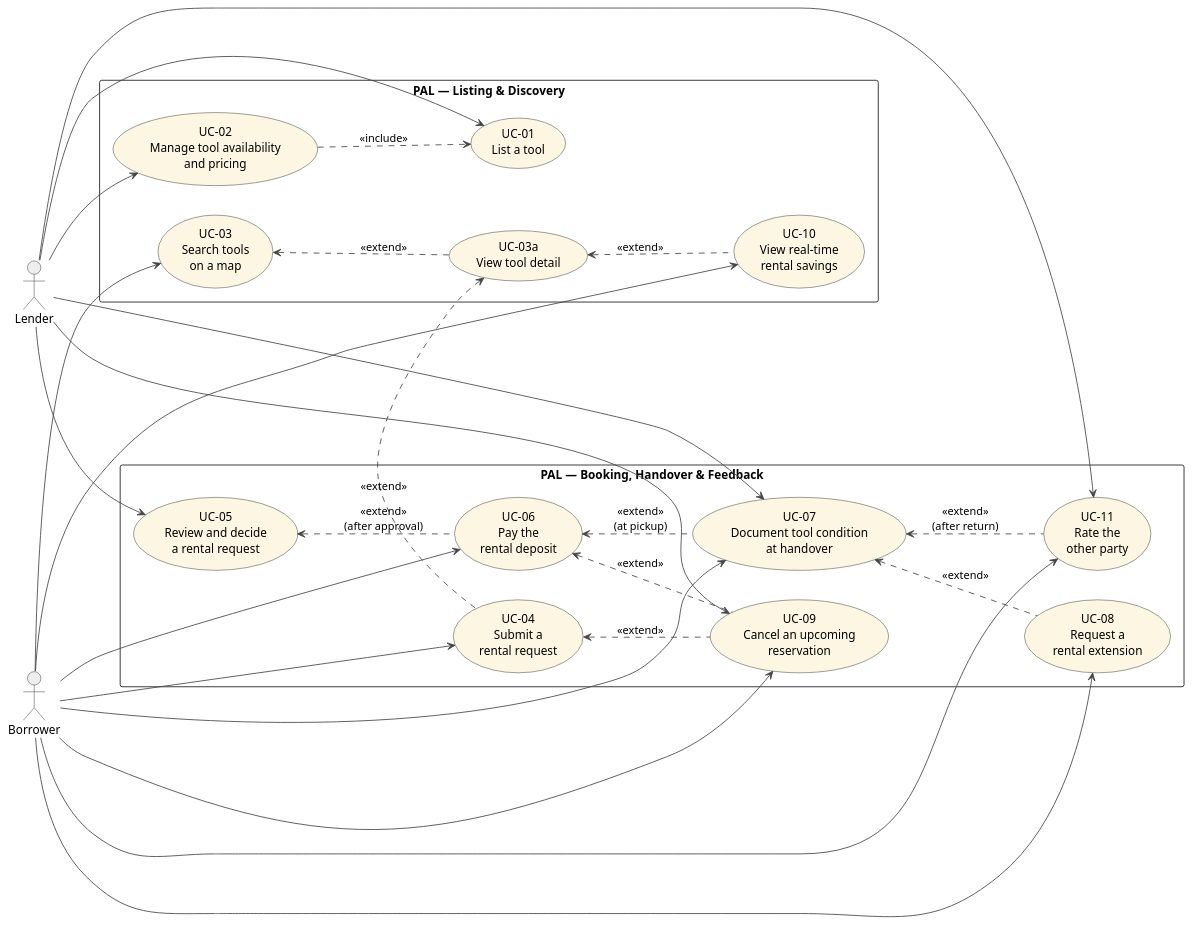
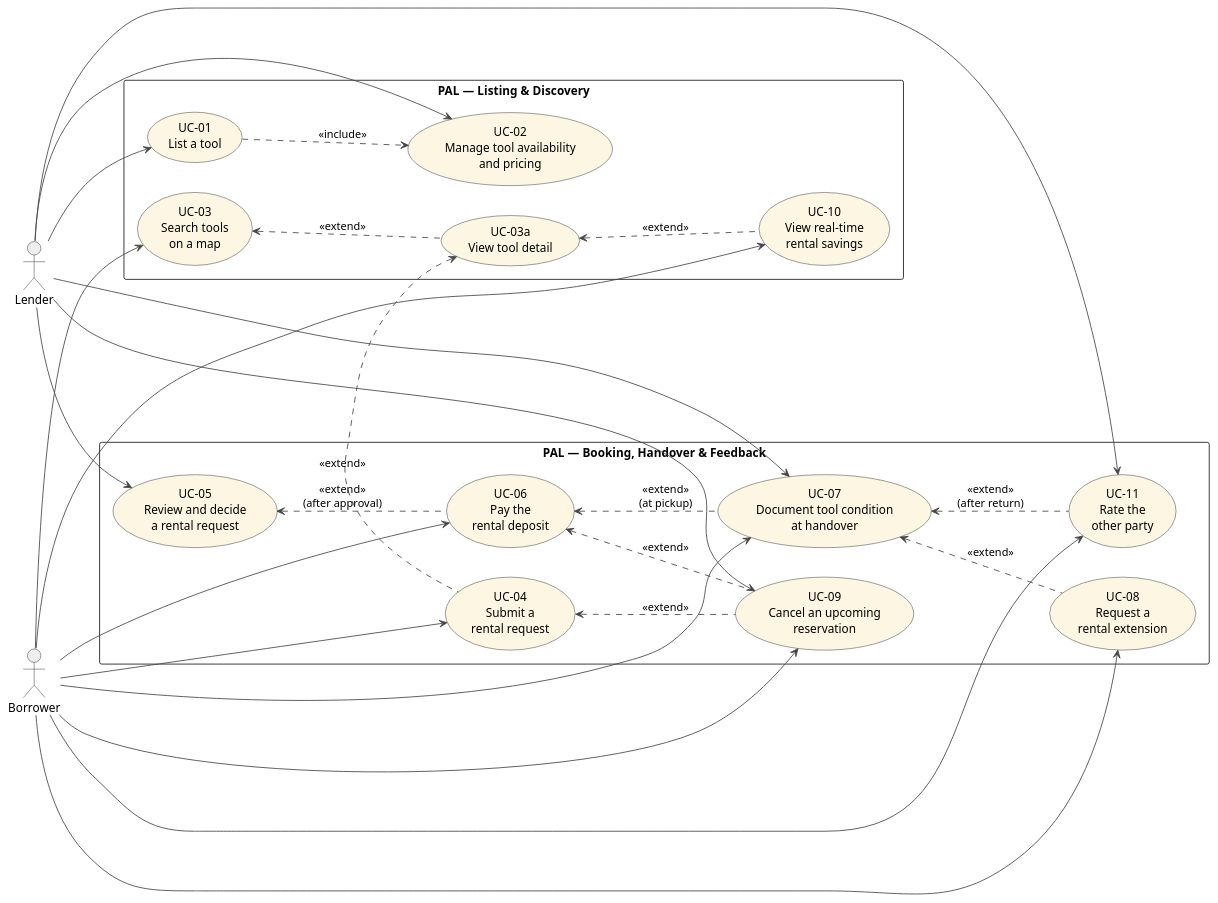
Before and after one commit to CaptainSp33dy7/PAL: the diagram in use_case_diagram.puml, drawn with PlantUML. The commit also changed 1 other file, not shown here.

Commit message:
Fix include direction in use case diagram

```diff
--- a/use_case_diagram.puml
+++ b/use_case_diagram.puml
@@ -1,85 +1,85 @@
 @startuml PAL_UseCaseDiagram
 ' PAL - Peer Asset Lending - Use Case Diagram
 ' Two subjects to keep the diagram readable, following the lecture's
 ' "more subjects" approach (slide 59 of NSWI041-04).
 
 left to right direction
 skinparam packageStyle rectangle
 skinparam shadowing false
 skinparam ArrowColor #444
 skinparam UsecaseBackgroundColor #FDF6E3
 skinparam ActorBackgroundColor #EEE
 
 actor "Lender"   as AC_L
 actor "Borrower" as AC_B
 
 rectangle "PAL — Listing & Discovery" {
     usecase "UC-01\nList a tool"                                  as UC01
     usecase "UC-02\nManage tool availability\nand pricing"        as UC02
     usecase "UC-03\nSearch tools\non a map"                       as UC03
     usecase "UC-03a\nView tool detail"                            as UC03a
     usecase "UC-10\nView real-time\nrental savings"               as UC10
 }
 
 rectangle "PAL — Booking, Handover & Feedback" {
     usecase "UC-04\nSubmit a\nrental request"                     as UC04
     usecase "UC-05\nReview and decide\na rental request"          as UC05
     usecase "UC-06\nPay the\nrental deposit"                      as UC06
     usecase "UC-07\nDocument tool condition\nat handover"         as UC07
     usecase "UC-08\nRequest a\nrental extension"                  as UC08
     usecase "UC-09\nCancel an upcoming\nreservation"              as UC09
     usecase "UC-11\nRate the\nother party"                        as UC11
 }
 
 ' --- Actor associations ---
 AC_L --> UC01
 AC_L --> UC02
 AC_L --> UC05
 AC_L --> UC07
 AC_L --> UC09
 AC_L --> UC11
 
 AC_B --> UC03
 AC_B --> UC04
 AC_B --> UC06
 AC_B --> UC07
 AC_B --> UC08
 AC_B --> UC09
 AC_B --> UC10
 AC_B --> UC11
 
 ' --- Use case relationships ---
 
 ' UC-01 (list a tool) is a precondition for UC-02 (managing its availability).
-UC02 ..> UC01 : <<include>>
+UC01 ..> UC02 : <<include>>
 
 ' Viewing a tool detail extends searching it on the map.
 UC03a .u.> UC03 : <<extend>>
 
 ' The savings tracker is shown inside any tool detail; it extends UC-03a.
 UC10 .u.> UC03a : <<extend>>
 
 ' Submitting a request extends the tool detail (the user is on the detail
 ' page when they decide to "Request rental").
 UC04 .u.> UC03a : <<extend>>
 
 ' Paying the deposit happens after a request is approved by the lender,
 ' so it extends "Review and decide a rental request" at the
 ' extension point "request approved".
 UC06 .u.> UC05 : "<<extend>>\n(after approval)"
 
 ' Both pickup and return go through the same handover documentation flow.
 ' We model that flow once and extend it from UC-06 (pickup time) and from
 ' the implicit return step that's part of UC-08/UC-09's lifecycle.
 UC07 .u.> UC06 : "<<extend>>\n(at pickup)"
 
 ' Cancellation can happen at any point before pickup, so it extends both
 ' the request flow and the booking flow.
 UC09 .u.> UC04 : <<extend>>
 UC09 .u.> UC06 : <<extend>>
 
 ' Extension and rating happen on an active / finished booking.
 UC08 .u.> UC07 : <<extend>>
 UC11 .u.> UC07 : "<<extend>>\n(after return)"
 
 @enduml
```
